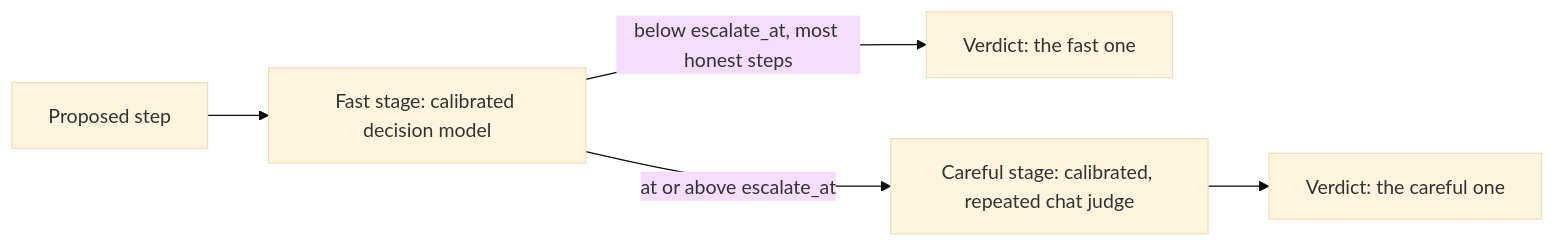
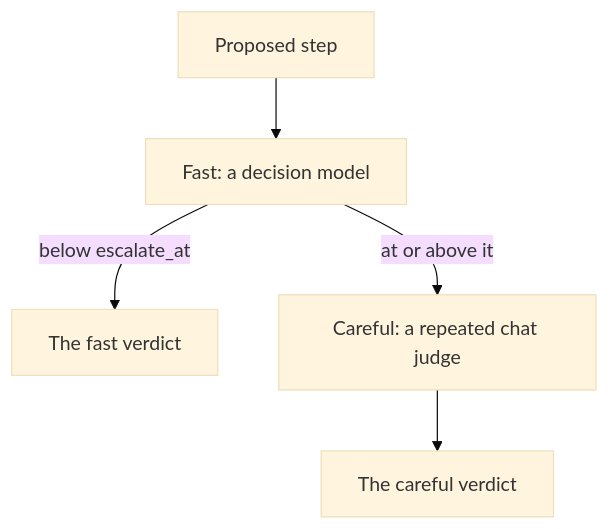
One commit to omamori-lab/langchain-sync-monitors changed the third of 3 diagrams in docs/how-to/combine-and-calibrate-monitors.md. Above: the diagram before and after it, drawn with Mermaid (base theme). The commit also changed other lines of this file and 4 other files, not shown here.

First line of the commit message:
Tighten the monitor guides' wording and diagrams

````diff
--- a/docs/how-to/combine-and-calibrate-monitors.md
+++ b/docs/how-to/combine-and-calibrate-monitors.md
@@ -296,7 +296,7 @@
 ```mermaid
-flowchart LR
-    step["Proposed step"] --> fast["Fast stage: calibrated decision model"]
-    fast -- "below escalate_at, most honest steps" --> keep["Verdict: the fast one"]
-    fast -- "at or above escalate_at" --> careful["Careful stage: calibrated, repeated chat judge"]
-    careful --> replace["Verdict: the careful one"]
+flowchart TD
+    step["Proposed step"] --> fast["Fast: a decision model"]
+    fast -- "below escalate_at" --> keep["The fast verdict"]
+    fast -- "at or above it" --> careful["Careful: a repeated chat judge"]
+    careful --> replace["The careful verdict"]
 ```
````
